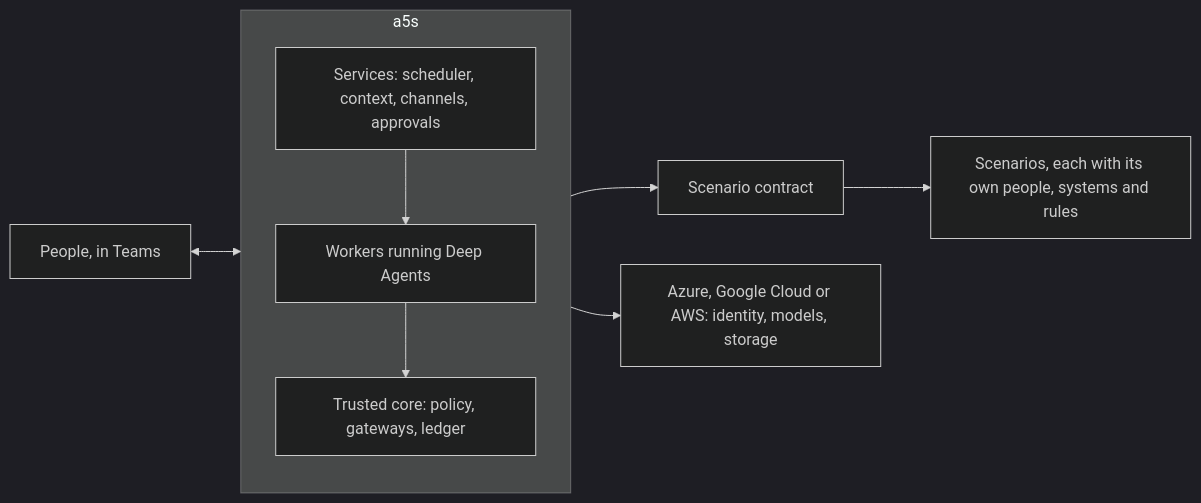
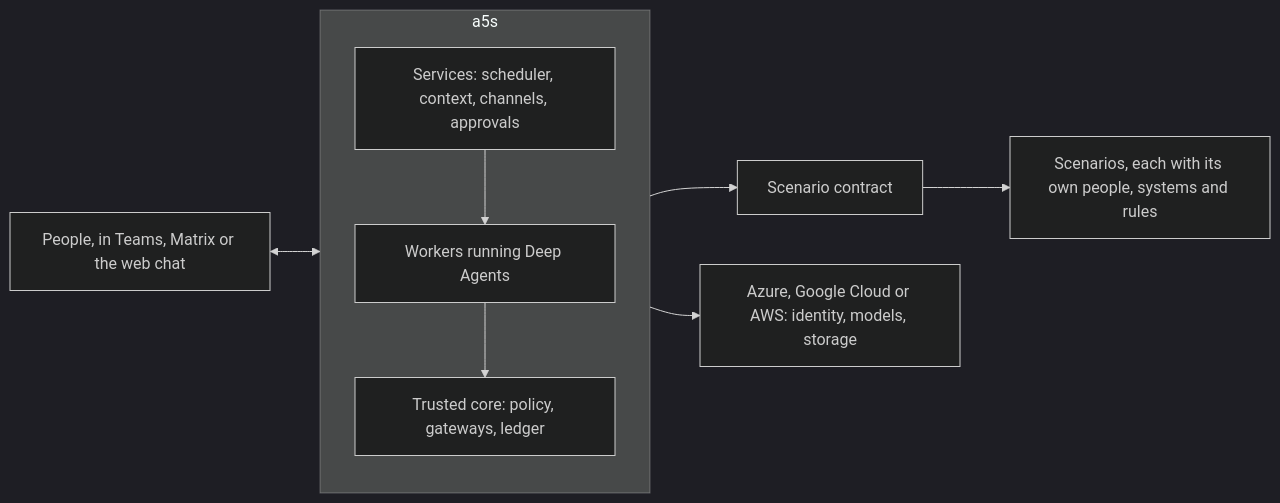
One commit to sreent/a5s changed the diagram in README.md. Above: the diagram before and after it, drawn with Mermaid (dark theme). The commit also changed other lines of this file and 13 other files, not shown here.

````diff
--- a/README.md
+++ b/README.md
@@ -9,14 +9,14 @@
 ```mermaid
 flowchart LR
-  people["People, in Teams"] <--> services
+  people["People, in Teams, Matrix or the web chat"] <--> services
   subgraph a5s["a5s"]
     direction TB
     services["Services: scheduler, context, channels, approvals"]
     workers["Workers running Deep Agents"]
     core["Trusted core: policy, gateways, ledger"]
     services --> workers --> core
   end
   core --> contract["Scenario contract"]
   contract --> scenarios["Scenarios, each with its own people, systems and rules"]
   core --> cloud["Azure, Google Cloud or AWS: identity, models, storage"]
 ```
````
